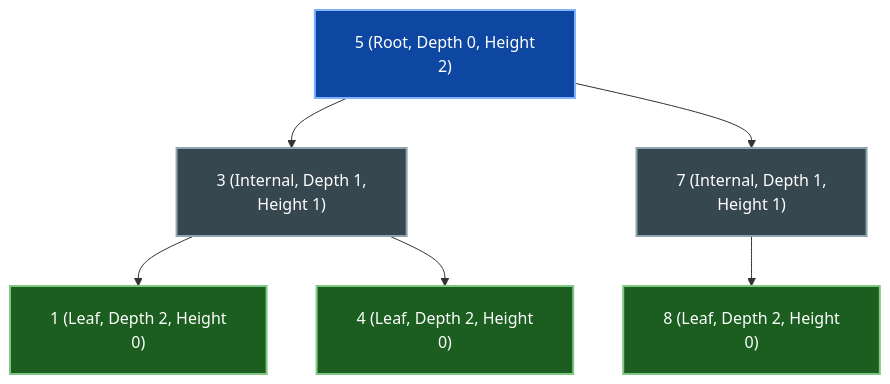
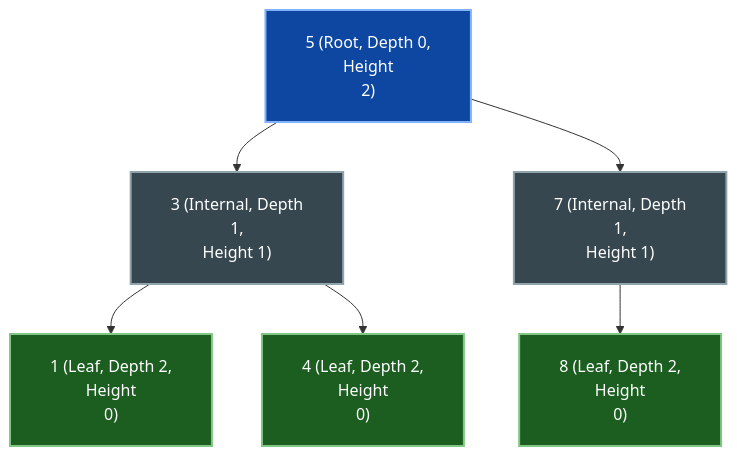
One commit to dip4k/DSA_102 changed the first of 20 diagrams in week_07_trees_and_balanced_search_trees/WEEK_07_FULL_PLAYBOOK.md. Above: the diagram before and after it, drawn with Mermaid. The commit also changed other lines of this file and 106 other files, not shown here.

First line of the commit message:
fix(mermaid): prevent text clipping with foreignObject overflow and tighter line wrapping

````diff
--- a/week_07_trees_and_balanced_search_trees/WEEK_07_FULL_PLAYBOOK.md
+++ b/week_07_trees_and_balanced_search_trees/WEEK_07_FULL_PLAYBOOK.md
@@ -91,20 +91,20 @@
 ```mermaid
-%%{init: {"flowchart": {"htmlLabels": true, "padding": 20}}}%%
+%%{init: {"flowchart": {"htmlLabels": true, "padding": 20}, "themeCSS": "foreignObject { overflow: visible !important; }"}}%%
 flowchart TD
-    N5["5 (Root, Depth 0, Height<br/>2)"]:::rootNode
-    N3["3 (Internal, Depth 1,<br/>Height 1)"]:::internalNode
-    N7["7 (Internal, Depth 1,<br/>Height 1)"]:::internalNode
-    N1["1 (Leaf, Depth 2, Height<br/>0)"]:::leafNode
-    N4["4 (Leaf, Depth 2, Height<br/>0)"]:::leafNode
-    N8["8 (Leaf, Depth 2, Height<br/>0)"]:::leafNode
+    N5["5 (Root, Depth 0,<br/>Height<br/>2)"]:::rootNode
+    N3["3 (Internal, Depth<br/>1,<br/>Height 1)"]:::internalNode
+    N7["7 (Internal, Depth<br/>1,<br/>Height 1)"]:::internalNode
+    N1["1 (Leaf, Depth 2,<br/>Height<br/>0)"]:::leafNode
+    N4["4 (Leaf, Depth 2,<br/>Height<br/>0)"]:::leafNode
+    N8["8 (Leaf, Depth 2,<br/>Height<br/>0)"]:::leafNode
 
     N5 --> N3
     N5 --> N7
     N3 --> N1
     N3 --> N4
     N7 --> N8
 
     classDef rootNode fill:#0d47a1,stroke:#82b1ff,stroke-width:2px,color:#ffffff
     classDef internalNode fill:#37474f,stroke:#90a4ae,stroke-width:2px,color:#ffffff
     classDef leafNode fill:#1b5e20,stroke:#81c784,stroke-width:2px,color:#ffffff
 ```
````
